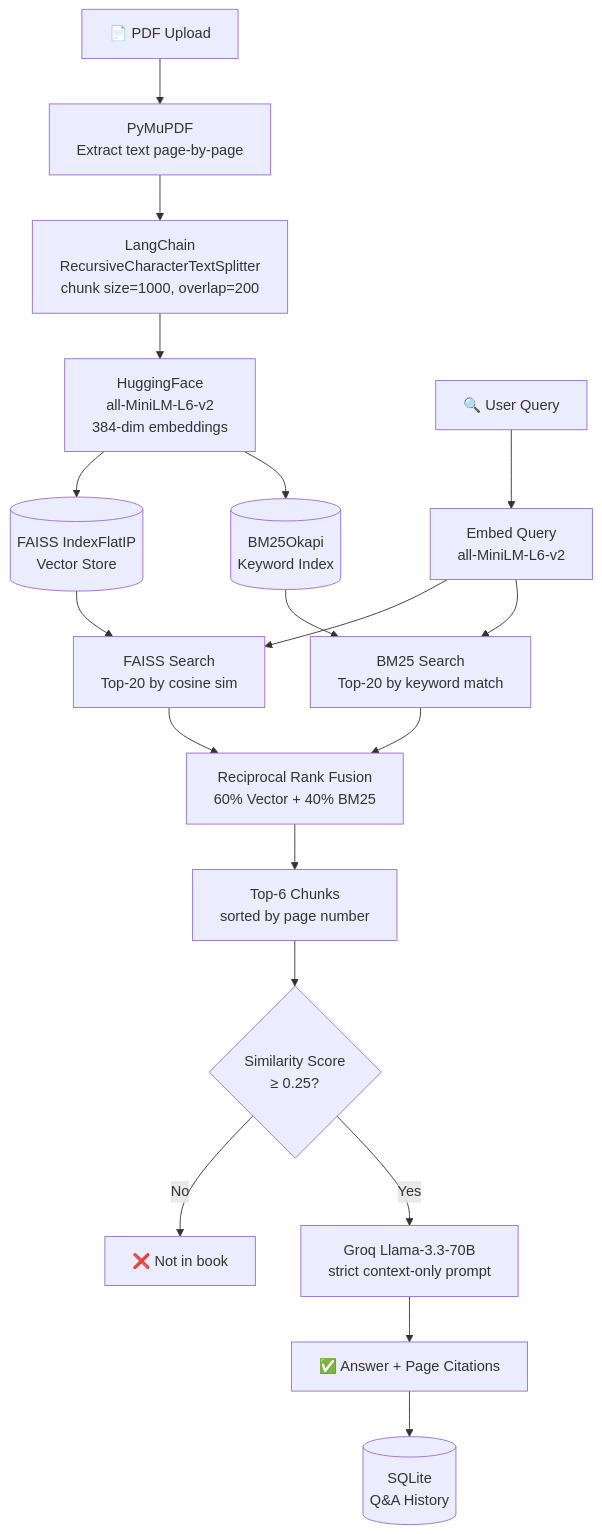
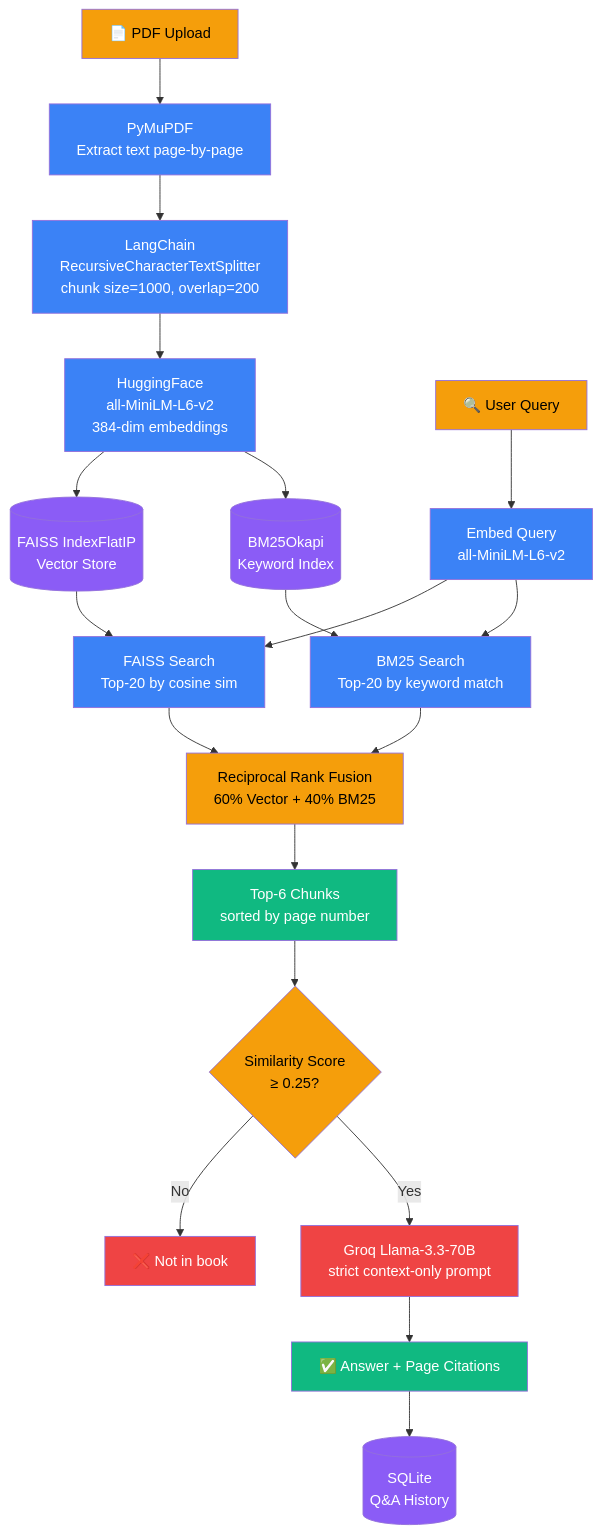
One commit to kunwardhruv/Edurag-chatbot changed the diagram in README.md. Above: the diagram before and after it, drawn with Mermaid.

````diff
--- a/README.md
+++ b/README.md
@@ -38,23 +38,39 @@
 ```mermaid
 flowchart TD
     A[📄 PDF Upload] --> B[PyMuPDF\nExtract text page-by-page]
     B --> C[LangChain\nRecursiveCharacterTextSplitter\nchunk size=1000, overlap=200]
     C --> D[HuggingFace\nall-MiniLM-L6-v2\n384-dim embeddings]
     D --> E[(FAISS IndexFlatIP\nVector Store)]
     D --> F[(BM25Okapi\nKeyword Index)]
-
     G[🔍 User Query] --> H[Embed Query\nall-MiniLM-L6-v2]
     H --> I[FAISS Search\nTop-20 by cosine sim]
     H --> J[BM25 Search\nTop-20 by keyword match]
     I --> K[Reciprocal Rank Fusion\n60% Vector + 40% BM25]
     J --> K
     K --> L[Top-6 Chunks\nsorted by page number]
     L --> M{Similarity Score\n≥ 0.25?}
     M -- No --> N[❌ Not in book]
     M -- Yes --> O[Groq Llama-3.3-70B\nstrict context-only prompt]
     O --> P[✅ Answer + Page Citations]
     P --> Q[(SQLite\nQ&A History)]
-
     E --> I
     F --> J
+
+    style A fill:#f59e0b,color:#000
+    style B fill:#3b82f6,color:#fff
+    style C fill:#3b82f6,color:#fff
+    style D fill:#3b82f6,color:#fff
+    style E fill:#8b5cf6,color:#fff
+    style F fill:#8b5cf6,color:#fff
+    style G fill:#f59e0b,color:#000
+    style H fill:#3b82f6,color:#fff
+    style I fill:#3b82f6,color:#fff
+    style J fill:#3b82f6,color:#fff
+    style K fill:#f59e0b,color:#000
+    style L fill:#10b981,color:#fff
+    style M fill:#f59e0b,color:#000
+    style N fill:#ef4444,color:#fff
+    style O fill:#ef4444,color:#fff
+    style P fill:#10b981,color:#fff
+    style Q fill:#8b5cf6,color:#fff
 ```
````
